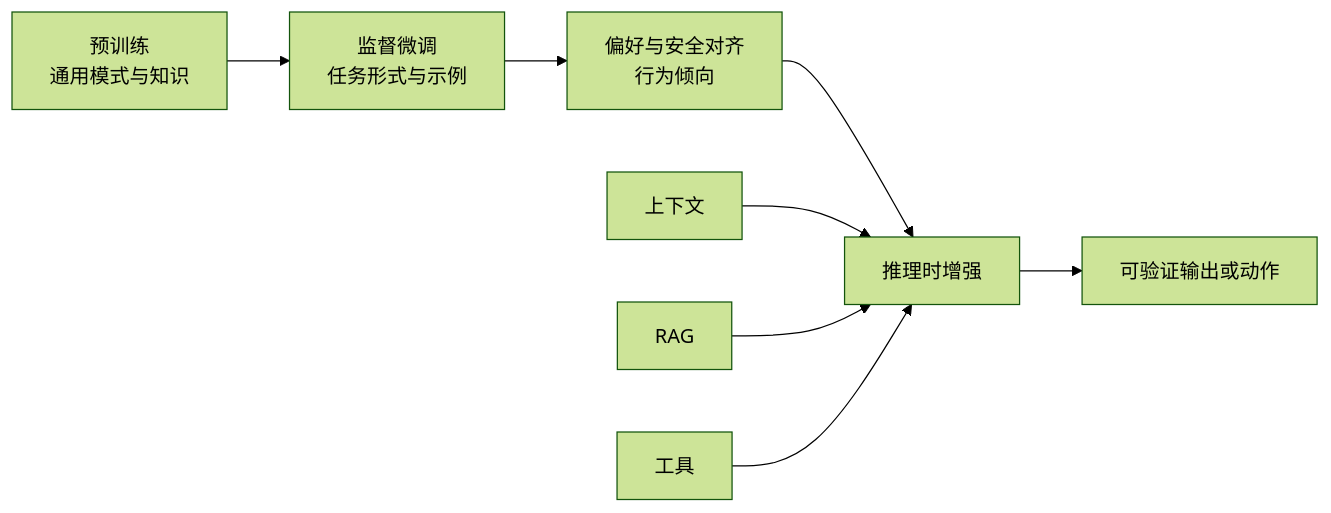
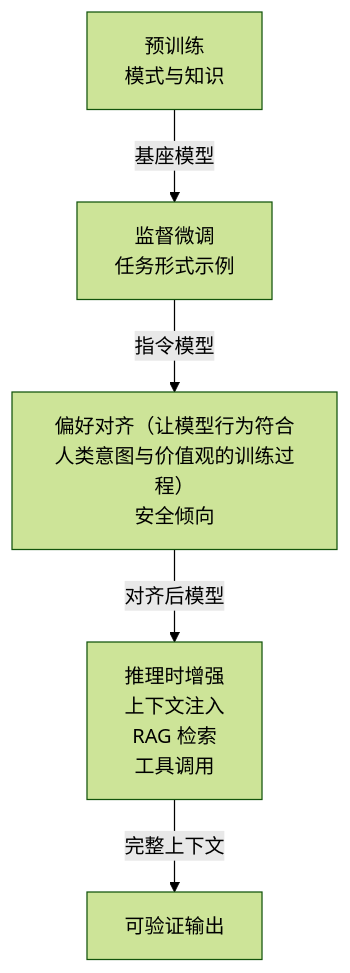
The first of 2 diagrams in vault/工程知识/AI 系统工程：从模型能力到生产能力/模型与上下文/预训练、后训练、RAG与工具改变不同层次.md (hub138/technical-knowledge), drawn with Mermaid (forest theme) before and after one commit. The commit also changed other lines of this file and 622 other files, not shown here.

```diff
--- a/vault/工程知识/AI 系统工程：从模型能力到生产能力/模型与上下文/预训练、后训练、RAG与工具改变不同层次.md
+++ b/vault/工程知识/AI 系统工程：从模型能力到生产能力/模型与上下文/预训练、后训练、RAG与工具改变不同层次.md
@@ -38,10 +58,7 @@
 ~~~mermaid
-flowchart LR
-    P[预训练<br/>通用模式与知识] --> S[监督微调<br/>任务形式与示例]
-    S --> A[偏好与安全对齐<br/>行为倾向]
-    A --> I[推理时增强]
-    C[上下文] --> I
-    R[RAG] --> I
-    T[工具] --> I
-    I --> O[可验证输出或动作]
+flowchart TD
+    P[预训练<br/>模式与知识] -->|基座模型| S[监督微调<br/>任务形式示例]
+    S -->|指令模型| A[偏好对齐（让模型行为符合人类意图与价值观的训练过程）<br/>安全倾向]
+    A -->|对齐后模型| I[推理时增强<br/>上下文注入<br/>RAG 检索<br/>工具调用]
+    I -->|完整上下文| O[可验证输出]
 ~~~
```
